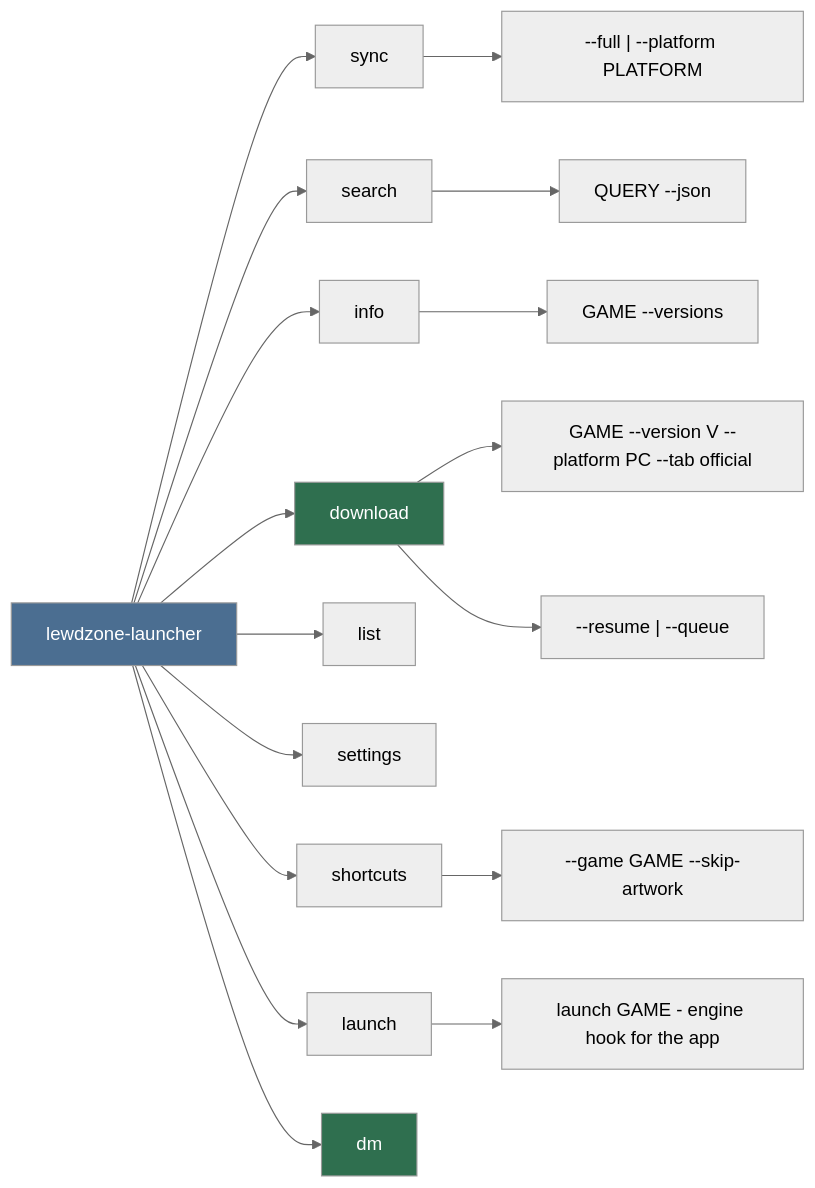
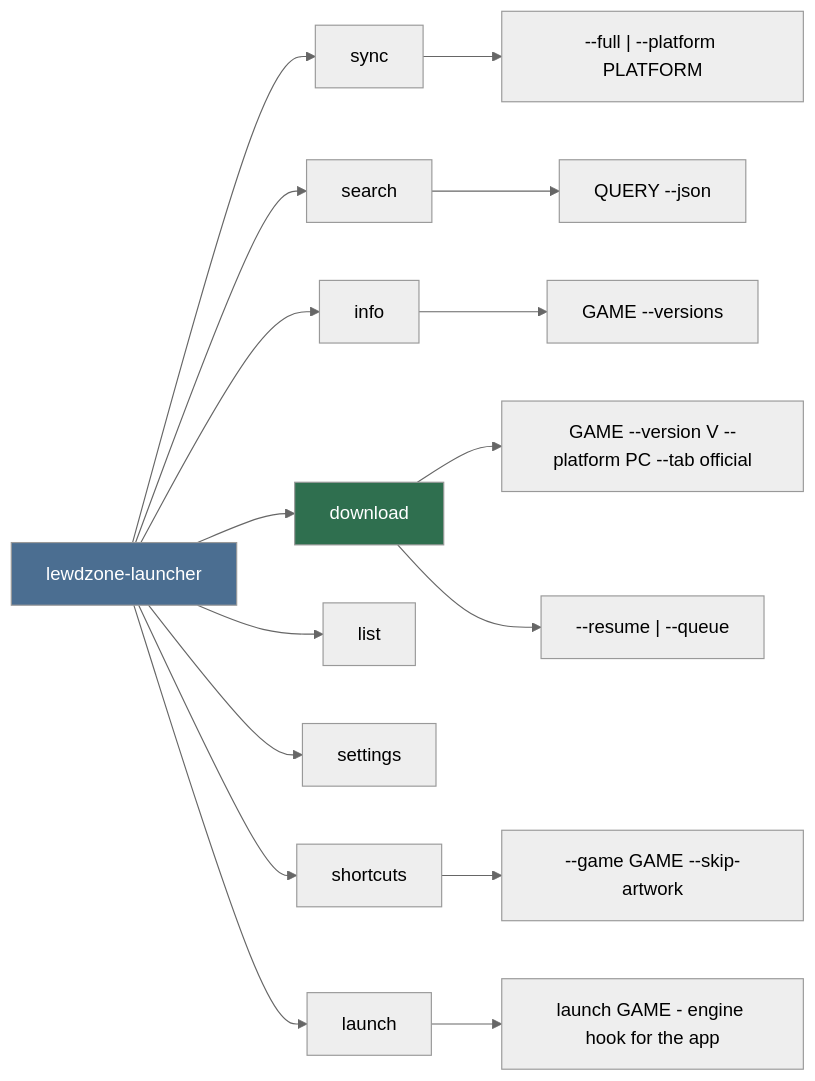
One commit to HELIX-Origin/LewdZone-Launcher changed the second of 2 diagrams in .agents/agents/cli/cli.md. Above: the diagram before and after it, drawn with Mermaid (neutral theme). The commit also changed other lines of this file and 45 other files, not shown here.

````diff
--- a/.agents/agents/cli/cli.md
+++ b/.agents/agents/cli/cli.md
@@ -52,24 +52,22 @@
 ```mermaid
 flowchart LR
     L["lewdzone-launcher"] --> sync[sync]
     L --> search[search]
     L --> info[info]
     L --> download[download]
     L --> listcmd[list]
     L --> settingscmd[settings]
     L --> shortcuts[shortcuts]
     L --> launch[launch]
-    L --> dm[dm]
 
     sync --> fs1["--full | --platform PLATFORM"]
     search --> ss1[QUERY --json]
     info --> si1[GAME --versions]
     download --> sd1[GAME --version V --platform PC --tab official]
     download --> sd2["--resume | --queue"]
     shortcuts --> sk1["--game GAME --skip-artwork"]
     launch --> lg1[launch GAME - engine hook for the app]
 
     style L fill:#4b6e91,color:#fff
     style download fill:#2f6f4f,color:#fff
-    style dm fill:#2f6f4f,color:#fff
 ```
````
